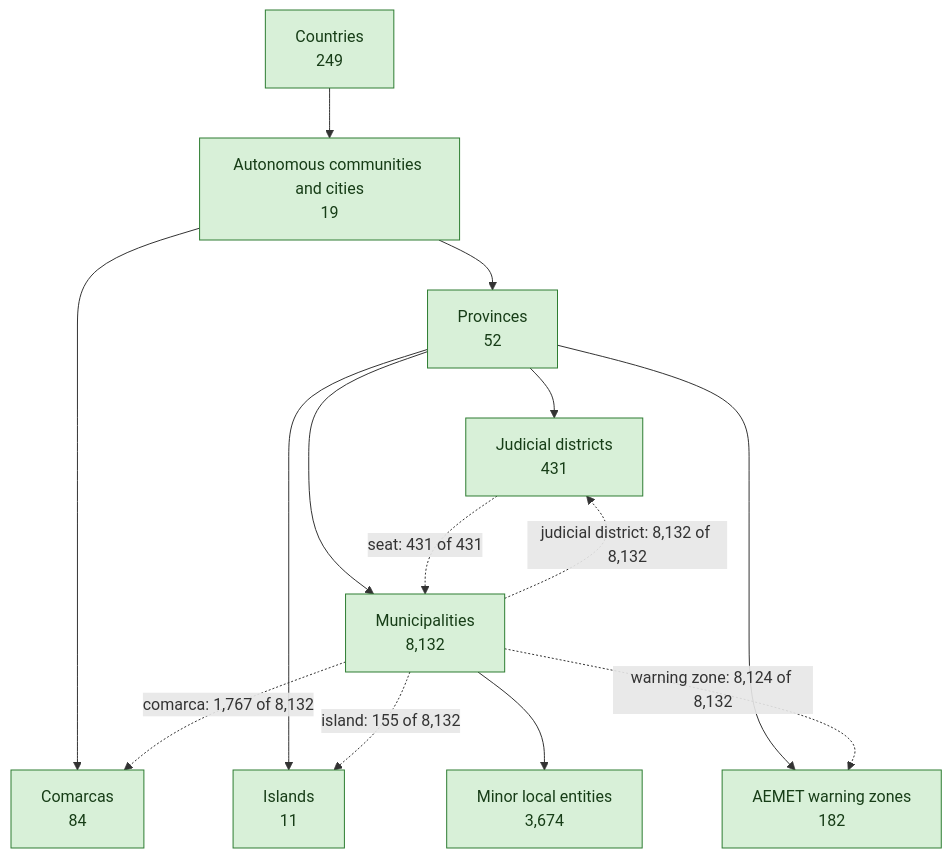
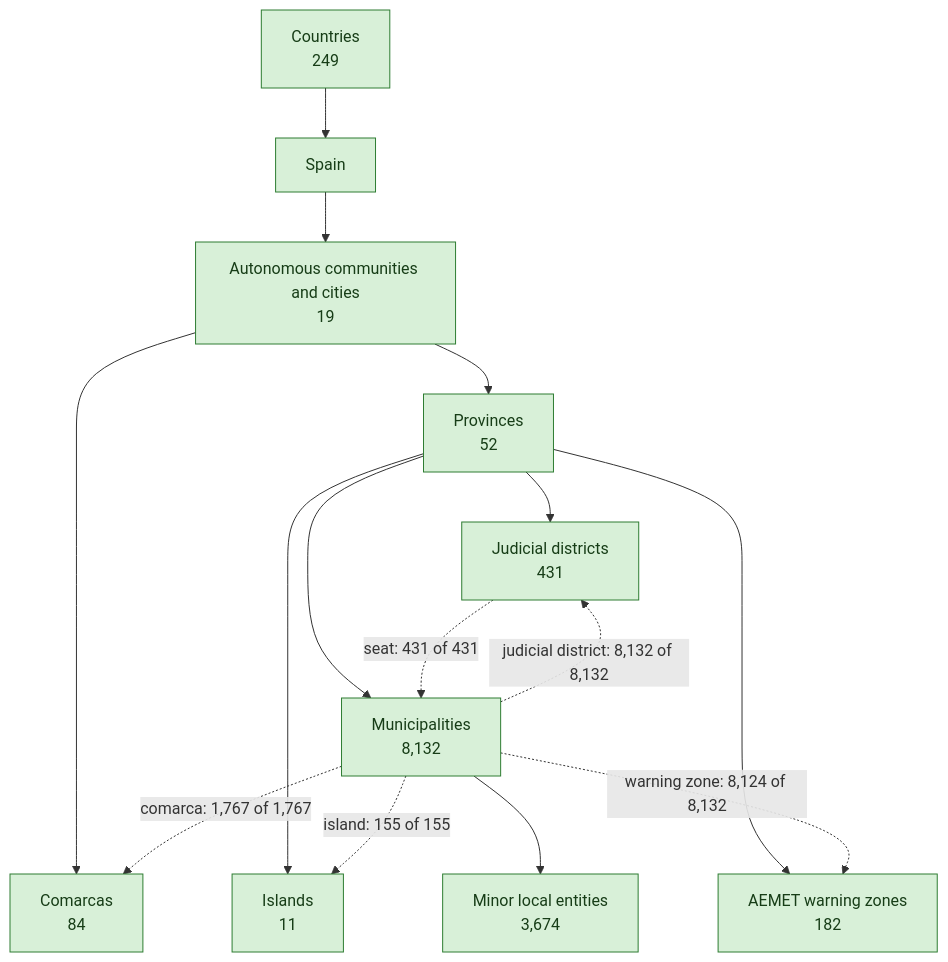
Before and after one commit to alertapublica/territorios-es: the first of 6 diagrams in docs/status.md, drawn with Mermaid. The commit also changed other lines of this file and 6 other files, not shown here.

````diff
--- a/docs/status.md
+++ b/docs/status.md
@@ -15,29 +15,31 @@
 ```mermaid
 flowchart TB
   accTitle: Territories
   autonomous_community["Autonomous communities and cities<br>19"]:::done
   province["Provinces<br>52"]:::done
   municipality["Municipalities<br>8,132"]:::done
   island["Islands<br>11"]:::done
   judicial_district["Judicial districts<br>431"]:::done
   warning_zone["AEMET warning zones<br>182"]:::done
   comarca["Comarcas<br>84"]:::done
   minor_local_entity["Minor local entities<br>3,674"]:::done
   country["Countries<br>249"]:::done
   autonomous_community --> comarca
   autonomous_community --> province
-  country --> autonomous_community
   municipality --> minor_local_entity
   province --> island
   province --> judicial_district
   province --> municipality
   province --> warning_zone
+  pais_ES["Spain"]:::done
+  country --> pais_ES
+  pais_ES --> autonomous_community
   judicial_district -.->|"seat: 431 of 431"| municipality
-  municipality -.->|"comarca: 1,767 of 8,132"| comarca
-  municipality -.->|"island: 155 of 8,132"| island
+  municipality -.->|"comarca: 1,767 of 1,767"| comarca
+  municipality -.->|"island: 155 of 155"| island
   municipality -.->|"judicial district: 8,132 of 8,132"| judicial_district
   municipality -.->|"warning zone: 8,124 of 8,132"| warning_zone
   classDef done fill:#d8f0d8,stroke:#2e7d32,color:#173d17
   classDef todo fill:#fdecc8,stroke:#b26a00,color:#4a2c00,stroke-dasharray:4 3
   classDef box fill:#e6eef8,stroke:#3b6ea8,color:#14304f
 ```
````
